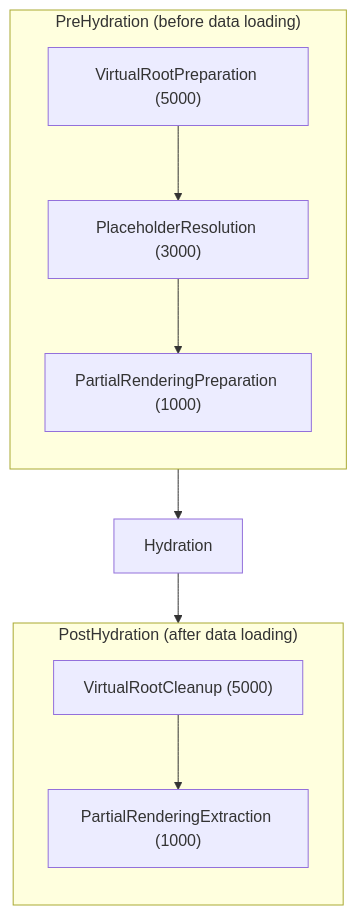
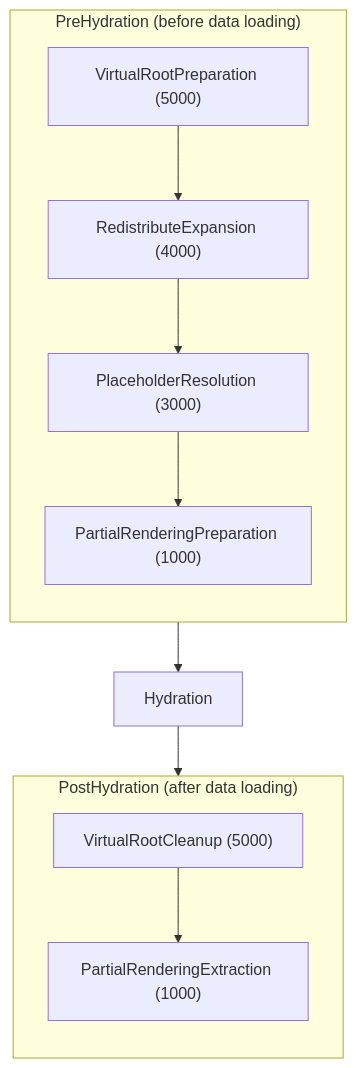
Before and after one commit to shopware/shopware: the diagram in src/Core/Content/ContentSystem/EventSubscriber/README.md, drawn with Mermaid. The commit also changed other lines of this file and 11 other files, not shown here.

First line of the commit message:
refactor(content-system): move redistribute expansion to runtime

````diff
--- a/src/Core/Content/ContentSystem/EventSubscriber/README.md
+++ b/src/Core/Content/ContentSystem/EventSubscriber/README.md
@@ -9,21 +9,22 @@
 ```mermaid
 flowchart TB
     subgraph pre["PreHydration (before data loading)"]
         direction TB
         P1["VirtualRootPreparation (5000)"]
-        P2["PlaceholderResolution (3000)"]
-        P3["PartialRenderingPreparation (1000)"]
-        P1 --> P2 --> P3
+        P2["RedistributeExpansion (4000)"]
+        P3["PlaceholderResolution (3000)"]
+        P4["PartialRenderingPreparation (1000)"]
+        P1 --> P2 --> P3 --> P4
     end
 
     H["Hydration"]
 
     subgraph post["PostHydration (after data loading)"]
         direction TB
         A1["VirtualRootCleanup (5000)"]
         A2["PartialRenderingExtraction (1000)"]
         A1 --> A2
     end
 
     pre --> H --> post
 ```
````
